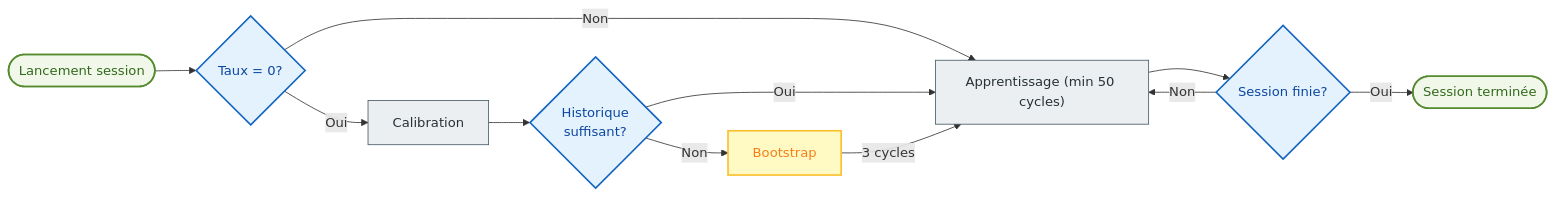
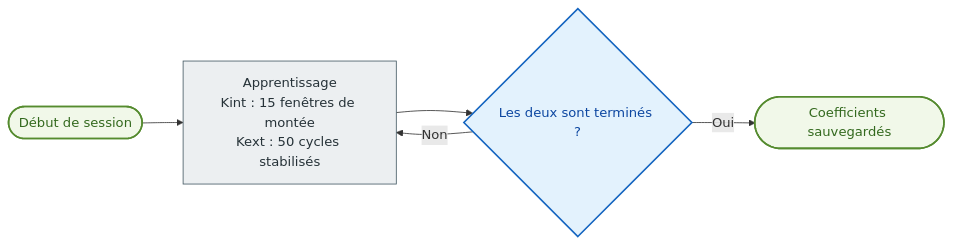
One commit to jmcollin78/versatile_thermostat changed the diagram in documentation/fr/feature-autotpi.md. Above: the diagram before and after it, drawn with Mermaid. The commit also changed other lines of this file and 10 other files, not shown here.

````diff
--- a/documentation/fr/feature-autotpi.md
+++ b/documentation/fr/feature-autotpi.md
@@ -17,27 +17,15 @@
 ```mermaid
 graph LR
-    %% Palette Flat Design
     classDef startEnd fill:#f1f8e9,stroke:#558b2f,stroke-width:2px,color:#33691e
     classDef decision fill:#e3f2fd,stroke:#1565c0,stroke-width:2px,color:#0d47a1
     classDef process fill:#eceff1,stroke:#455a64,stroke-width:1px,color:#263238
-    classDef bootstrap fill:#fff9c4,stroke:#fbc02d,stroke-width:2px,color:#f57f17
 
-    A([Lancement session]) --> B{Taux = 0?}
-    
-    B -- "Oui" --> C[Calibration]
-    B -- "Non" --> D["Apprentissage (min 50 cycles)"]
-    
-    C --> E{Historique\nsuffisant?}
-    E -- "Oui" --> D
-    E -- "Non" --> F[Bootstrap]
-    F -->|3 cycles| D
-    
-    D --> G{Session finie?}
-    G -- "Non" --> D
-    G -- "Oui" --> H([Session terminée])
+    A([Début de session]) --> B["Apprentissage<br/>Kint : 15 fenêtres de montée<br/>Kext : 50 cycles stabilisés"]
+    B --> C{Les deux sont terminés ?}
+    C -- "Non" --> B
+    C -- "Oui" --> D([Coefficients sauvegardés])
 
-    class A,H startEnd
-    class B,E,G decision
-    class C,D process
-    class F bootstrap
+    class A,D startEnd
+    class C decision
+    class B process
 ```
````
